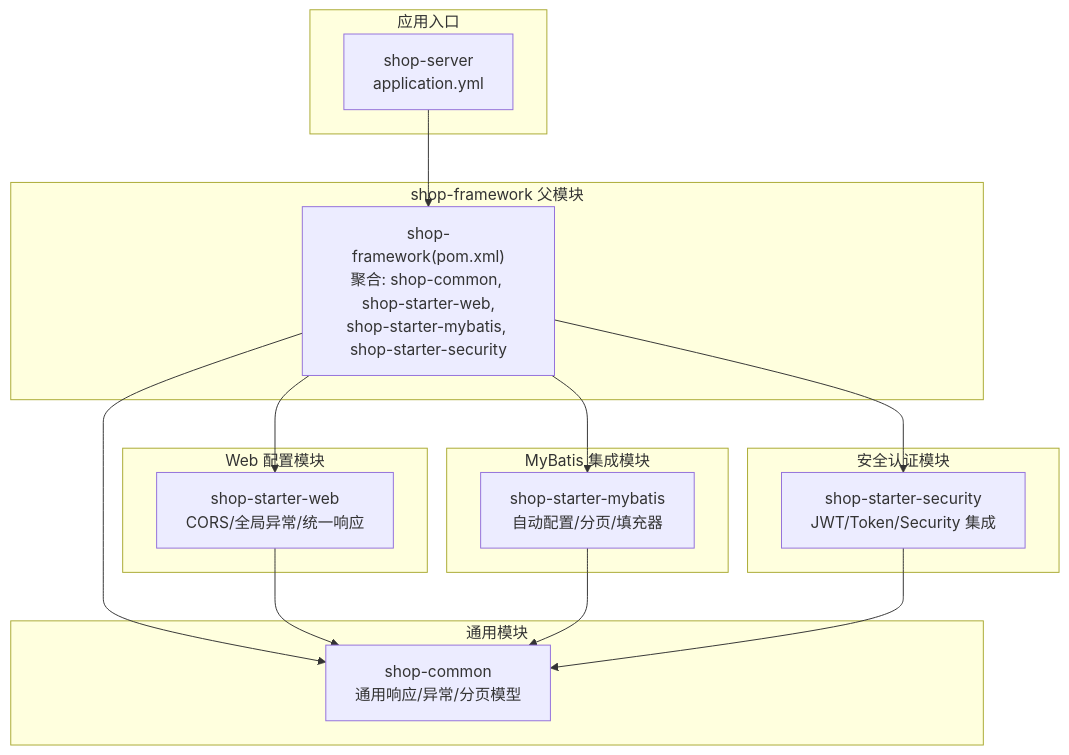
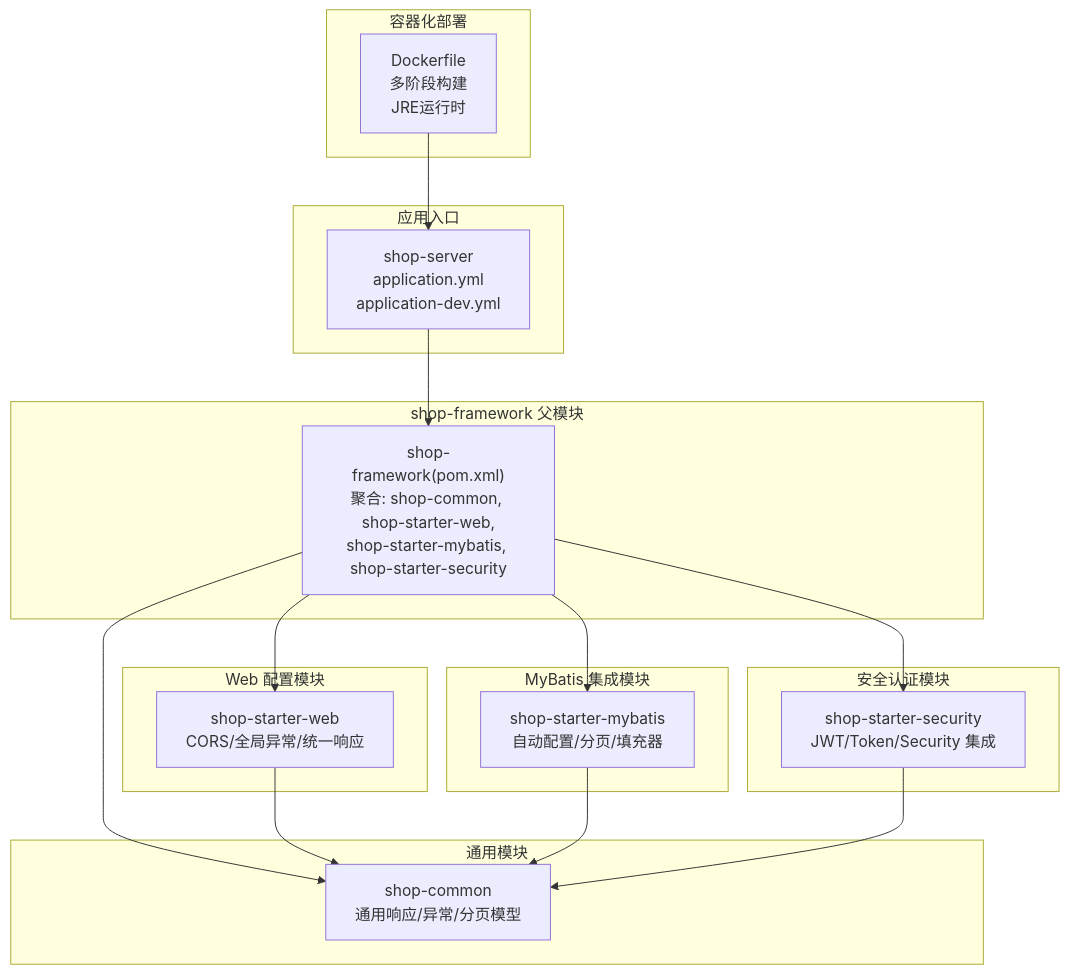
One commit to QtImM/wechatMiniprogram_Store changed the first of 8 diagrams in .qoder/repowiki/zh/content/后端架构设计/框架模块设计/框架模块设计.md. Above: the diagram before and after it, drawn with Mermaid. The commit also changed other lines of this file and 109 other files, not shown here.

````diff
--- a/.qoder/repowiki/zh/content/后端架构设计/框架模块设计/框架模块设计.md
+++ b/.qoder/repowiki/zh/content/后端架构设计/框架模块设计/框架模块设计.md
@@ -45,29 +41,33 @@
 ```mermaid
 graph TB
 subgraph "shop-framework 父模块"
 F["shop-framework(pom.xml)<br/>聚合: shop-common, shop-starter-web,<br/>shop-starter-mybatis, shop-starter-security"]
 end
 subgraph "通用模块"
 C["shop-common<br/>通用响应/异常/分页模型"]
 end
 subgraph "Web 配置模块"
 W["shop-starter-web<br/>CORS/全局异常/统一响应"]
 end
 subgraph "MyBatis 集成模块"
 M["shop-starter-mybatis<br/>自动配置/分页/填充器"]
 end
 subgraph "安全认证模块"
 S["shop-starter-security<br/>JWT/Token/Security 集成"]
 end
 subgraph "应用入口"
-APP["shop-server<br/>application.yml"]
+APP["shop-server<br/>application.yml<br/>application-dev.yml"]
+end
+subgraph "容器化部署"
+DKR["Dockerfile<br/>多阶段构建<br/>JRE运行时"]
 end
 F --> C
 F --> W
 F --> M
 F --> S
 APP --> F
 W --> C
 M --> C
 S --> C
+DKR --> APP
 ```
````
